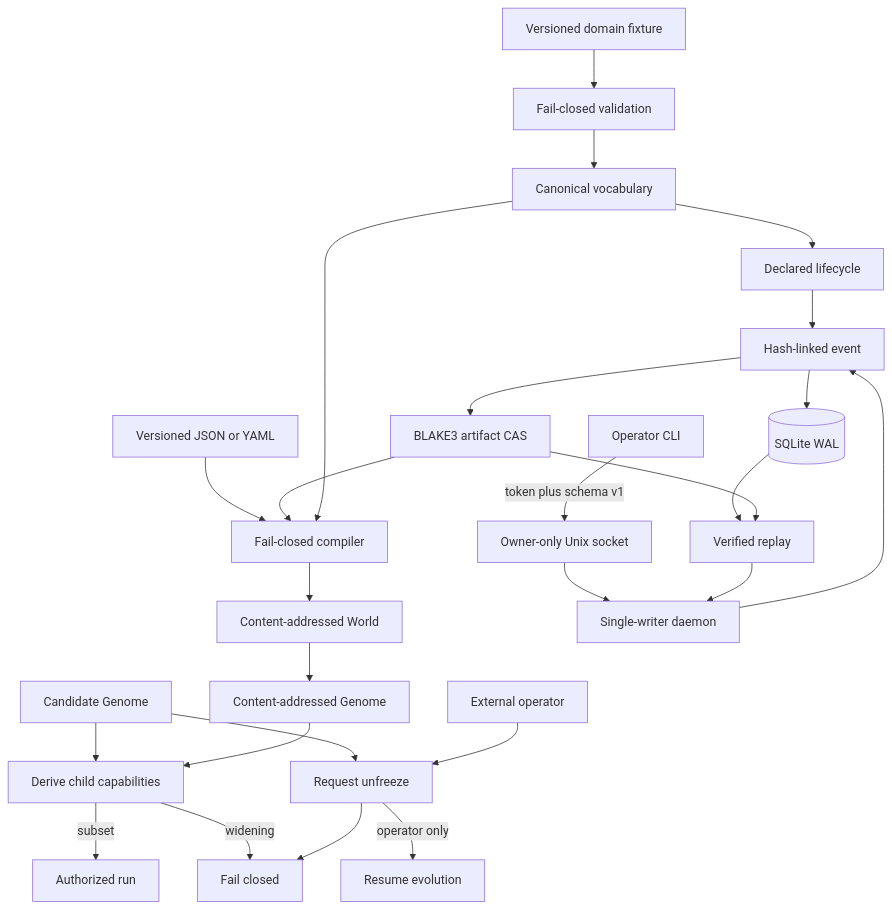
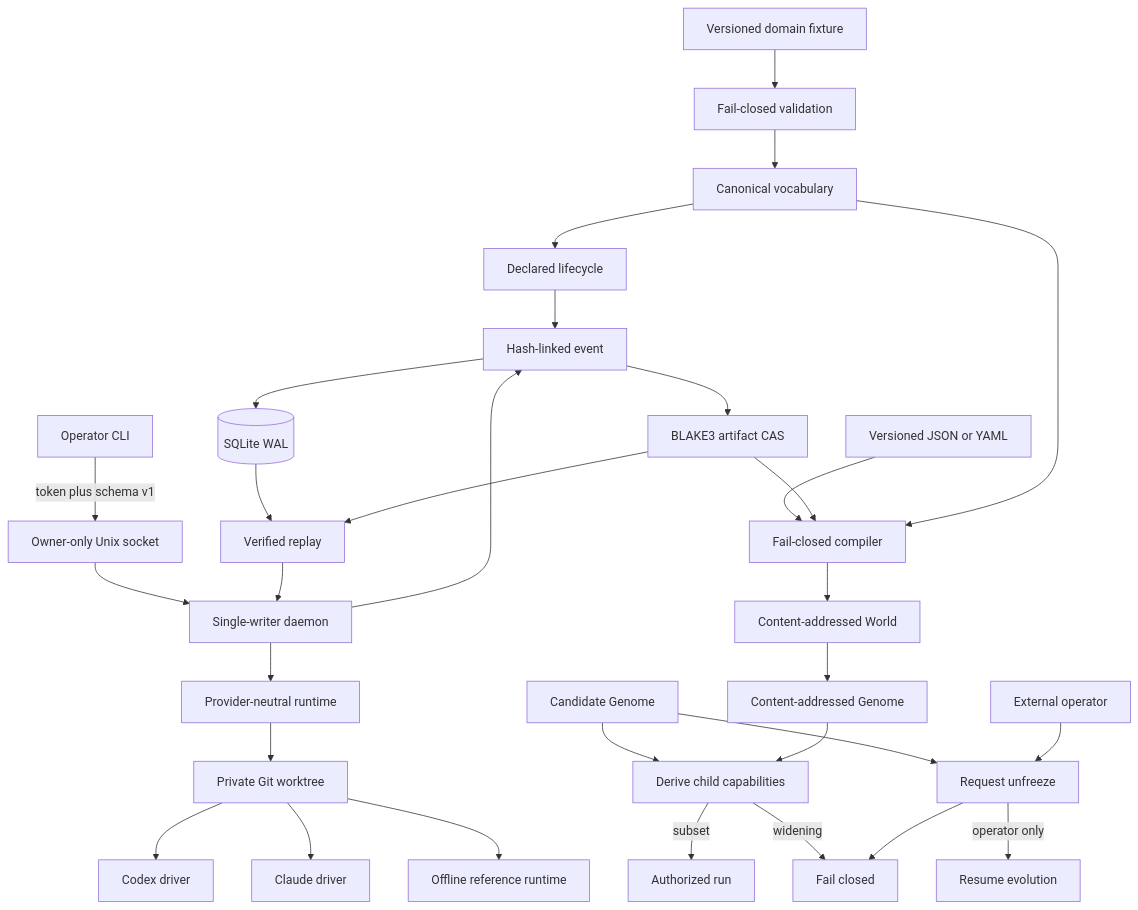
Before and after one commit to randyren278/Hephaestus: the diagram in docs/ARCHITECTURE.md, drawn with Mermaid. The commit also changed other lines of this file and 17 other files, not shown here.

````diff
--- a/docs/ARCHITECTURE.md
+++ b/docs/ARCHITECTURE.md
@@ -5,28 +5,33 @@
 ```mermaid
 flowchart TD
     Candidate[Candidate Genome] --> Derive[Derive child capabilities]
     Derive -->|subset| Run[Authorized run]
     Derive -->|widening| Deny[Fail closed]
     Candidate --> Unfreeze[Request unfreeze]
     Unfreeze --> Deny
     Operator[External operator] --> Unfreeze
     Unfreeze -->|operator only| Resume[Resume evolution]
     Fixture[Versioned domain fixture] --> Validate[Fail-closed validation]
     Validate --> Vocabulary[Canonical vocabulary]
     Vocabulary --> Lifecycle[Declared lifecycle]
     Lifecycle --> Event[Hash-linked event]
     Event --> SQLite[(SQLite WAL)]
     Event --> CAS[BLAKE3 artifact CAS]
     SQLite --> Replay[Verified replay]
     CAS --> Replay
     Source[Versioned JSON or YAML] --> Compile[Fail-closed compiler]
     CAS --> Compile
     Vocabulary --> Compile
     Compile --> World[Content-addressed World]
     World --> Genome[Content-addressed Genome]
     Genome --> Derive
     CLI[Operator CLI] -->|token plus schema v1| Socket[Owner-only Unix socket]
     Socket --> Daemon[Single-writer daemon]
     Daemon --> Event
     Replay --> Daemon
+    Daemon --> Runtime[Provider-neutral runtime]
+    Runtime --> Sandbox[Private Git worktree]
+    Sandbox --> Codex[Codex driver]
+    Sandbox --> Claude[Claude driver]
+    Sandbox --> Reference[Offline reference runtime]
 ```
````
